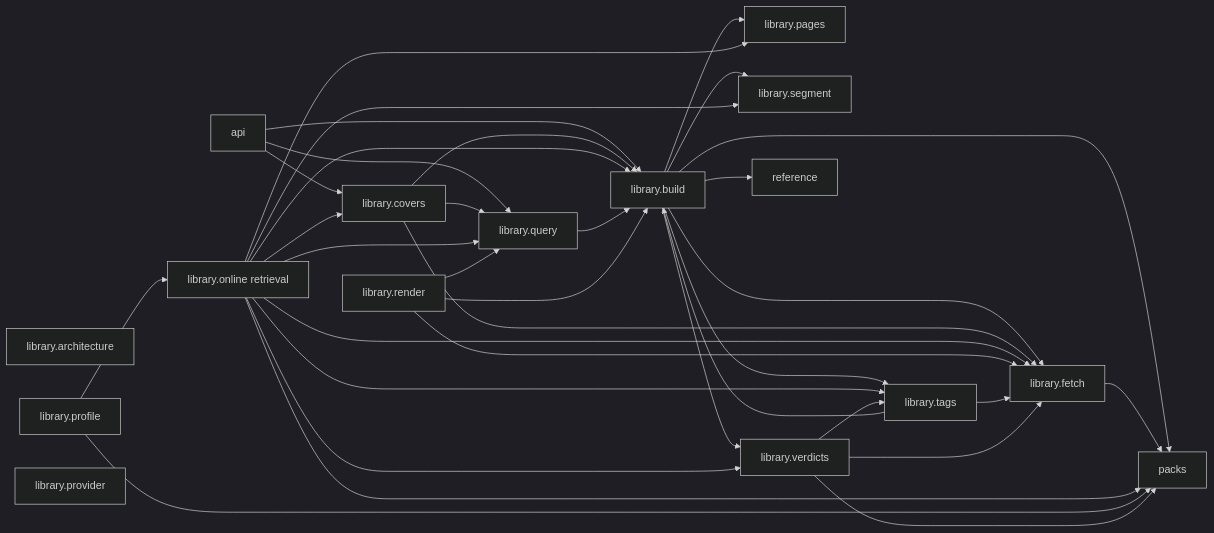
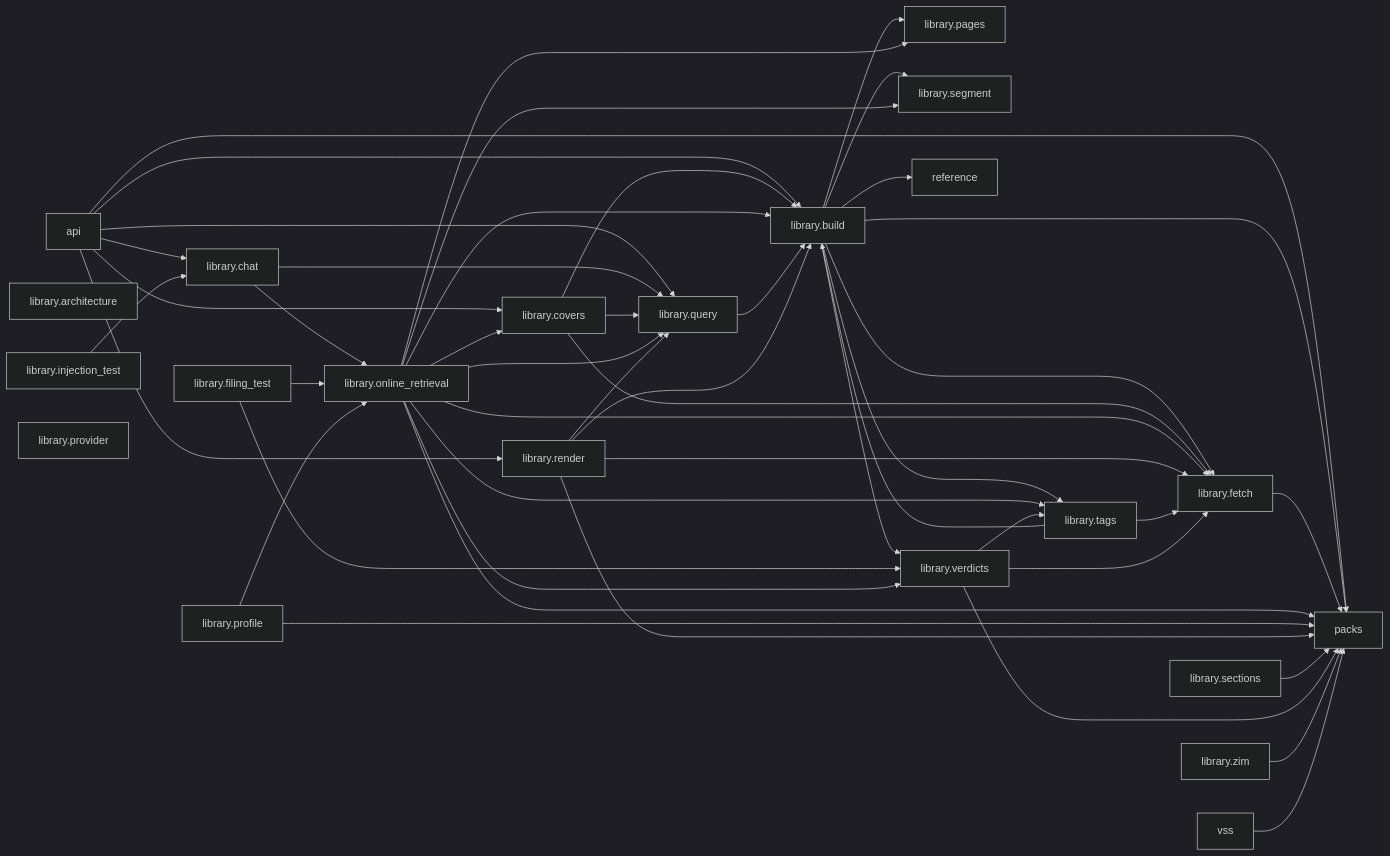
Before and after one commit to reversely/lifekit: the first of 2 diagrams in docs/content/architecture.md, drawn with Mermaid (dark theme). The commit also changed other lines of this file and 9 other files, not shown here.

````diff
--- a/docs/content/architecture.md
+++ b/docs/content/architecture.md
@@ -9,53 +9,71 @@
 ```mermaid
 graph LR
   lifekit_api["api"]
   lifekit_api --> lifekit_library_build
+  lifekit_api --> lifekit_library_chat
   lifekit_api --> lifekit_library_covers
   lifekit_api --> lifekit_library_query
+  lifekit_api --> lifekit_library_render
+  lifekit_api --> lifekit_packs
   lifekit_library_architecture["library.architecture"]
   lifekit_library_build["library.build"]
   lifekit_library_build --> lifekit_library_fetch
   lifekit_library_build --> lifekit_library_pages
   lifekit_library_build --> lifekit_library_segment
   lifekit_library_build --> lifekit_library_tags
   lifekit_library_build --> lifekit_library_verdicts
   lifekit_library_build --> lifekit_packs
   lifekit_library_build --> lifekit_reference
+  lifekit_library_chat["library.chat"]
+  lifekit_library_chat --> lifekit_library_online_retrieval
+  lifekit_library_chat --> lifekit_library_query
   lifekit_library_covers["library.covers"]
   lifekit_library_covers --> lifekit_library_build
   lifekit_library_covers --> lifekit_library_fetch
   lifekit_library_covers --> lifekit_library_query
   lifekit_library_fetch["library.fetch"]
   lifekit_library_fetch --> lifekit_packs
-  lifekit_library_online_retrieval["library.online retrieval"]
+  lifekit_library_filing_test["library.filing_test"]
+  lifekit_library_filing_test --> lifekit_library_online_retrieval
+  lifekit_library_filing_test --> lifekit_library_verdicts
+  lifekit_library_injection_test["library.injection_test"]
+  lifekit_library_injection_test --> lifekit_library_chat
+  lifekit_library_online_retrieval["library.online_retrieval"]
   lifekit_library_online_retrieval --> lifekit_library_build
   lifekit_library_online_retrieval --> lifekit_library_covers
   lifekit_library_online_retrieval --> lifekit_library_fetch
   lifekit_library_online_retrieval --> lifekit_library_pages
   lifekit_library_online_retrieval --> lifekit_library_query
   lifekit_library_online_retrieval --> lifekit_library_segment
   lifekit_library_online_retrieval --> lifekit_library_tags
   lifekit_library_online_retrieval --> lifekit_library_verdicts
   lifekit_library_online_retrieval --> lifekit_packs
   lifekit_library_pages["library.pages"]
   lifekit_library_profile["library.profile"]
   lifekit_library_profile --> lifekit_library_online_retrieval
   lifekit_library_profile --> lifekit_packs
   lifekit_library_provider["library.provider"]
   lifekit_library_query["library.query"]
   lifekit_library_query --> lifekit_library_build
   lifekit_library_render["library.render"]
   lifekit_library_render --> lifekit_library_build
   lifekit_library_render --> lifekit_library_fetch
   lifekit_library_render --> lifekit_library_query
+  lifekit_library_render --> lifekit_packs
+  lifekit_library_sections["library.sections"]
+  lifekit_library_sections --> lifekit_packs
   lifekit_library_segment["library.segment"]
   lifekit_library_tags["library.tags"]
   lifekit_library_tags --> lifekit_library_build
   lifekit_library_tags --> lifekit_library_fetch
   lifekit_library_verdicts["library.verdicts"]
   lifekit_library_verdicts --> lifekit_library_fetch
   lifekit_library_verdicts --> lifekit_library_tags
   lifekit_library_verdicts --> lifekit_packs
+  lifekit_library_zim["library.zim"]
+  lifekit_library_zim --> lifekit_packs
   lifekit_packs["packs"]
   lifekit_reference["reference"]
+  lifekit_vss["vss"]
+  lifekit_vss --> lifekit_packs
 ```
````
